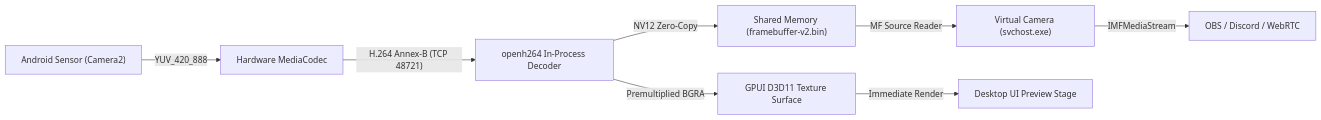
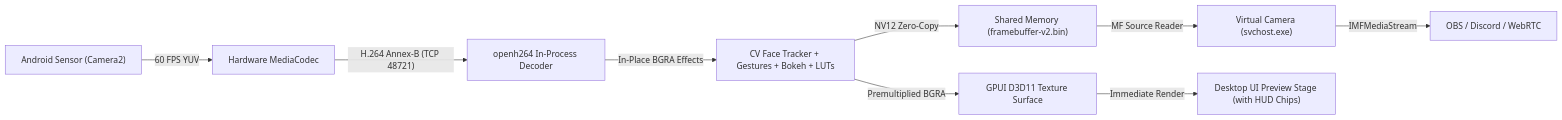
One commit to primahagantha/phonecam changed the second of 4 diagrams in README.md. Above: the diagram before and after it, drawn with Mermaid. The commit also changed other lines of this file and 6 other files, not shown here.

````diff
--- a/README.md
+++ b/README.md
@@ -117,10 +136,11 @@
 ```mermaid
 flowchart LR
-    A["Android Sensor (Camera2)"] -->|"YUV_420_888"| B["Hardware MediaCodec"]
+    A["Android Sensor (Camera2)"] -->|"60 FPS YUV"| B["Hardware MediaCodec"]
     B -->|"H.264 Annex-B (TCP 48721)"| C["openh264 In-Process Decoder"]
-    C -->|"NV12 Zero-Copy"| D["Shared Memory (framebuffer-v2.bin)"]
-    C -->|"Premultiplied BGRA"| E["GPUI D3D11 Texture Surface"]
+    C -->|"In-Place BGRA Effects"| FX["CV Face Tracker + Gestures + Bokeh + LUTs"]
+    FX -->|"NV12 Zero-Copy"| D["Shared Memory (framebuffer-v2.bin)"]
+    FX -->|"Premultiplied BGRA"| E["GPUI D3D11 Texture Surface"]
     D -->|"MF Source Reader"| F["Virtual Camera (svchost.exe)"]
-    E -->|"Immediate Render"| G["Desktop UI Preview Stage"]
+    E -->|"Immediate Render"| G["Desktop UI Preview Stage (with HUD Chips)"]
     F -->|"IMFMediaStream"| H["OBS / Discord / WebRTC"]
 ```
````
